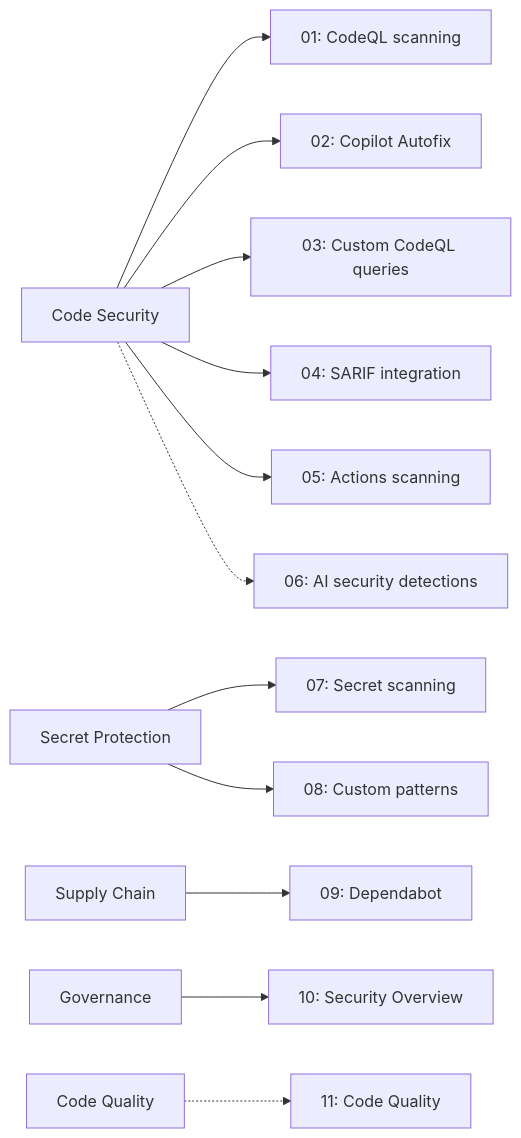
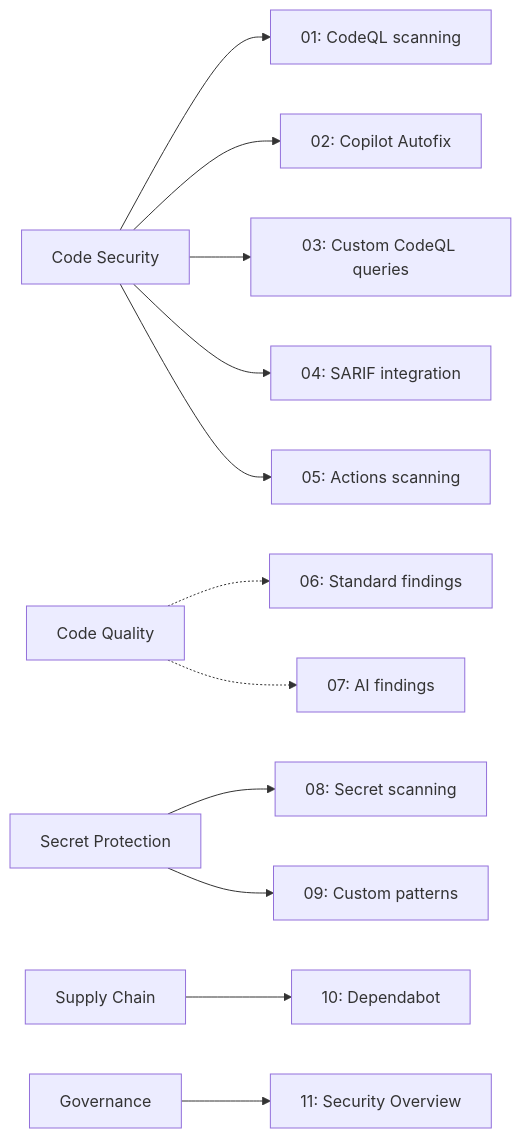
Before and after one commit to tkl-enteprises/ghas-demos: the diagram in README.md, drawn with Mermaid. The commit also changed other lines of this file and 47 other files, not shown here.

Commit message:
refactor: replace AI security lesson with code quality

````diff
--- a/README.md
+++ b/README.md
@@ -66,14 +66,14 @@
 ```mermaid
 flowchart LR
   P1["Code Security"] --> L1["01: CodeQL scanning"]
   P1 --> L2["02: Copilot Autofix"]
   P1 --> L3["03: Custom CodeQL queries"]
   P1 --> L4["04: SARIF integration"]
   P1 --> L5["05: Actions scanning"]
-  P1 -.-> L6["06: AI security detections"]
-  P2["Secret Protection"] --> L7["07: Secret scanning"]
-  P2 --> L8["08: Custom patterns"]
-  P3["Supply Chain"] --> L9["09: Dependabot"]
-  P4["Governance"] --> L10["10: Security Overview"]
-  P5["Code Quality"] -.-> L11["11: Code Quality"]
+  P2["Code Quality"] -.-> L6["06: Standard findings"]
+  P2 -.-> L7["07: AI findings"]
+  P3["Secret Protection"] --> L8["08: Secret scanning"]
+  P3 --> L9["09: Custom patterns"]
+  P4["Supply Chain"] --> L10["10: Dependabot"]
+  P5["Governance"] --> L11["11: Security Overview"]
 ```
````
